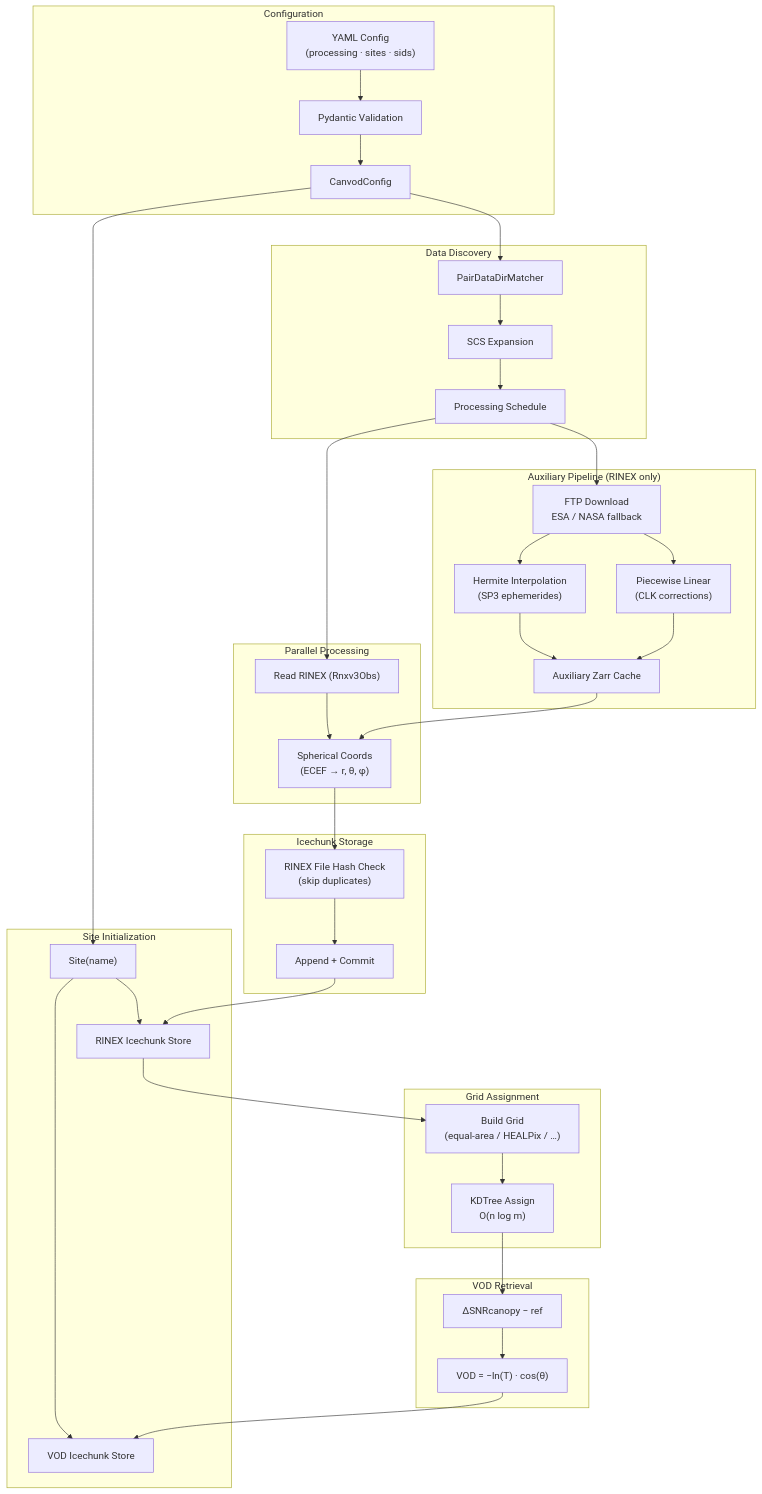
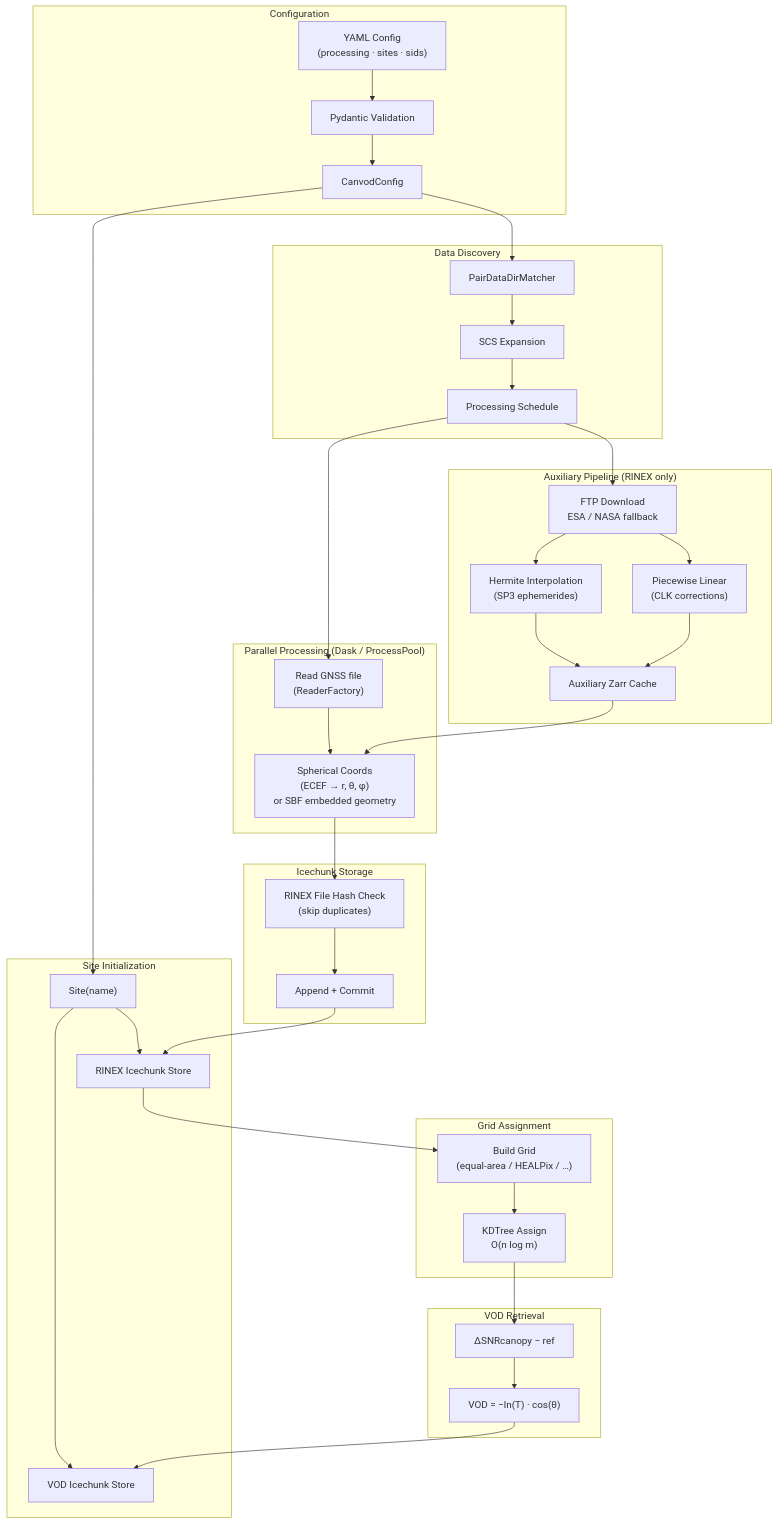
The second of 2 diagrams in docs/architecture.md (konstantinschellenberg/canvodpy), drawn with Mermaid before and after one commit. The commit also changed other lines of this file and 4 other files, not shown here.

First line of the commit message:
docs: update architecture and tooling docs for SBF reader and batch processing

````diff
--- a/docs/architecture.md
+++ b/docs/architecture.md
@@ -163,62 +164,62 @@
 ```mermaid
 flowchart TD
     subgraph CFG["Configuration"]
         YAML["YAML Config\n(processing · sites · sids)"]
         PYDANTIC["Pydantic Validation"]
         CONFIG["CanvodConfig"]
     end
 
     subgraph INIT["Site Initialization"]
         SITE["Site(name)"]
         RINEX_STORE["RINEX Icechunk Store"]
         VOD_STORE["VOD Icechunk Store"]
     end
 
     subgraph DISCOVERY["Data Discovery"]
         MATCHER["PairDataDirMatcher"]
         EXPAND["SCS Expansion"]
         SCHEDULE["Processing Schedule"]
     end
 
     subgraph AUX["Auxiliary Pipeline (RINEX only)"]
         FTP["FTP Download\nESA / NASA fallback"]
         HERMITE["Hermite Interpolation\n(SP3 ephemerides)"]
         LINEAR["Piecewise Linear\n(CLK corrections)"]
         AUX_ZARR["Auxiliary Zarr Cache"]
     end
 
-    subgraph PARALLEL["Parallel Processing"]
-        READ_R["Read RINEX (Rnxv3Obs)"]
-        SPHERICAL["Spherical Coords\n(ECEF → r, θ, φ)"]
+    subgraph PARALLEL["Parallel Processing (Dask / ProcessPool)"]
+        READ_R["Read GNSS file\n(ReaderFactory)"]
+        SPHERICAL["Spherical Coords\n(ECEF → r, θ, φ)\nor SBF embedded geometry"]
     end
 
     subgraph WRITE["Icechunk Storage"]
         HASH_CHECK["RINEX File Hash Check\n(skip duplicates)"]
         APPEND["Append + Commit"]
     end
 
     subgraph GRID["Grid Assignment"]
         BUILD_GRID["Build Grid\n(equal-area / HEALPix / …)"]
         KDTREE["KDTree Assign\nO(n log m)"]
     end
 
     subgraph VOD["VOD Retrieval"]
         DELTA["ΔSNRcanopy − ref"]
         TAU["VOD = −ln(T) · cos(θ)"]
     end
 
     YAML --> PYDANTIC --> CONFIG --> SITE
     SITE --> RINEX_STORE & VOD_STORE
 
     CONFIG --> MATCHER --> EXPAND --> SCHEDULE
 
     SCHEDULE --> FTP --> HERMITE & LINEAR --> AUX_ZARR
 
     SCHEDULE --> READ_R --> SPHERICAL
     AUX_ZARR --> SPHERICAL
 
     SPHERICAL --> HASH_CHECK --> APPEND --> RINEX_STORE
 
     RINEX_STORE --> BUILD_GRID --> KDTREE --> DELTA --> TAU
     TAU --> VOD_STORE
 ```
````
